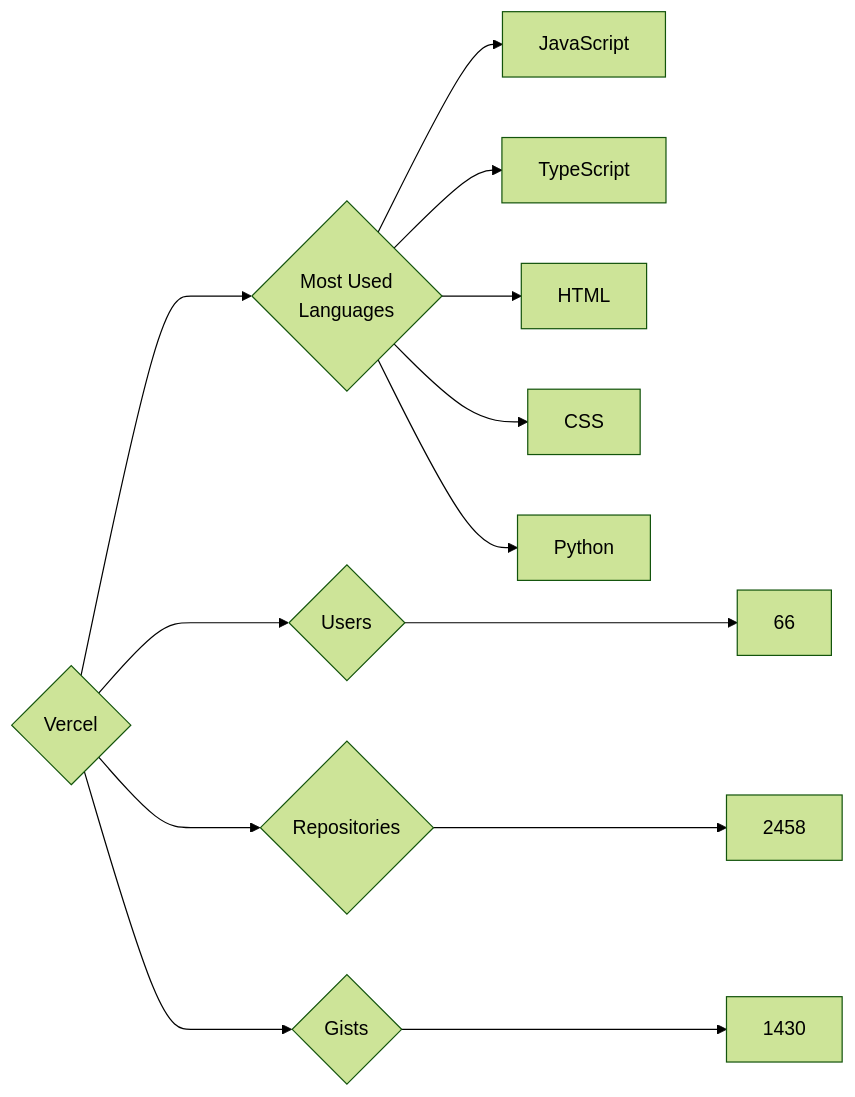
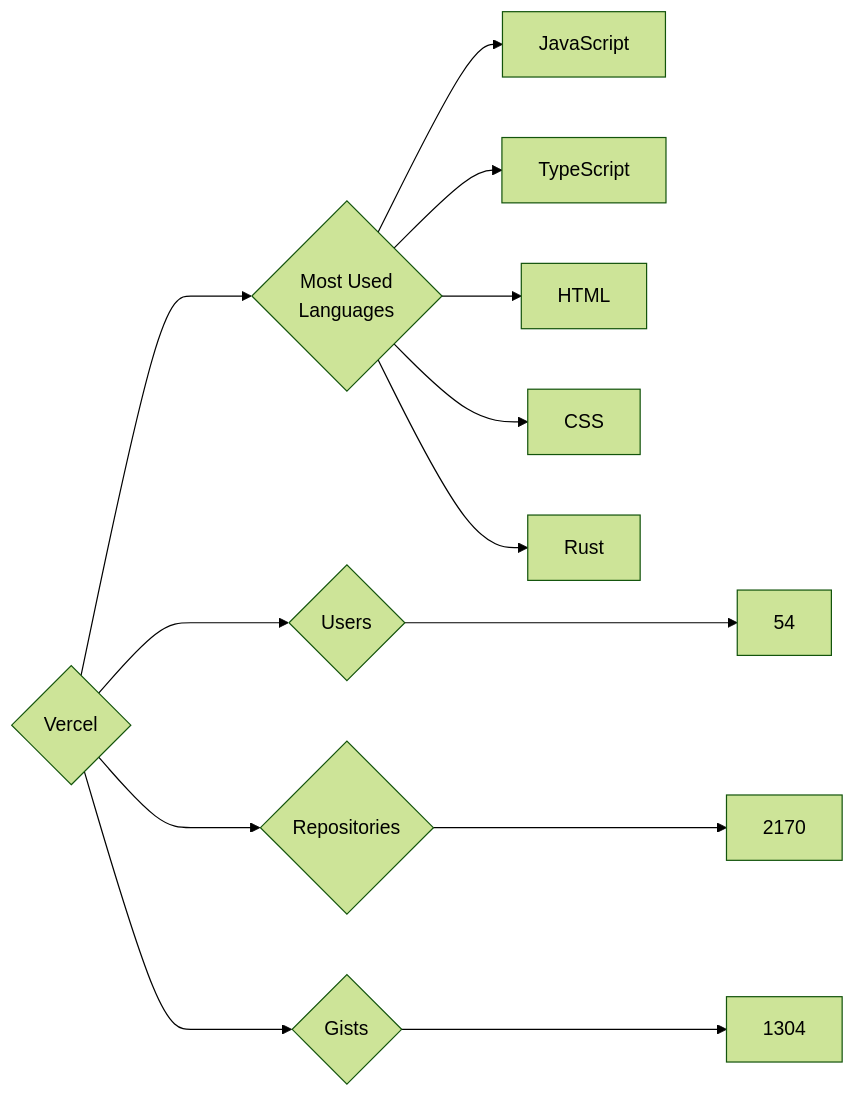
Before and after one commit to trickest/insiders: the diagram in targets/Vercel/README.md, drawn with Mermaid (forest theme). The commit also changed 940 other files, not shown here.

````diff
--- a/targets/Vercel/README.md
+++ b/targets/Vercel/README.md
@@ -3,13 +3,13 @@
 ```mermaid
 graph LR
 COMPANY_NAME{Vercel}
-COMPANY_NAME ---> U{Users} ---> UN[66]
-COMPANY_NAME ---> R{Repositories} ---> RN[2458]
-COMPANY_NAME ---> G{Gists} ---> GN[1430]
+COMPANY_NAME ---> U{Users} ---> UN[54]
+COMPANY_NAME ---> R{Repositories} ---> RN[2170]
+COMPANY_NAME ---> G{Gists} ---> GN[1304]
 COMPANY_NAME ---> ML{Most Used<br>Languages}
 ML --> JavaScript[JavaScript]
 ML --> TypeScript[TypeScript]
 ML --> HTML[HTML]
 ML --> CSS[CSS]
-ML --> Python[Python]
+ML --> Rust[Rust]
 ```
````
